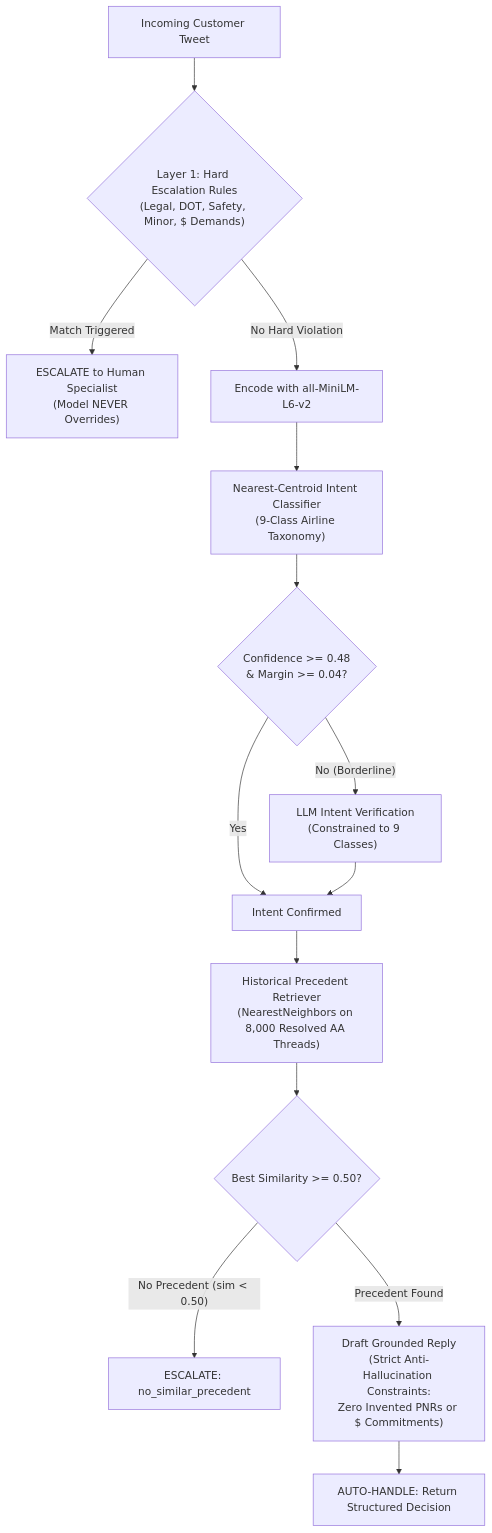
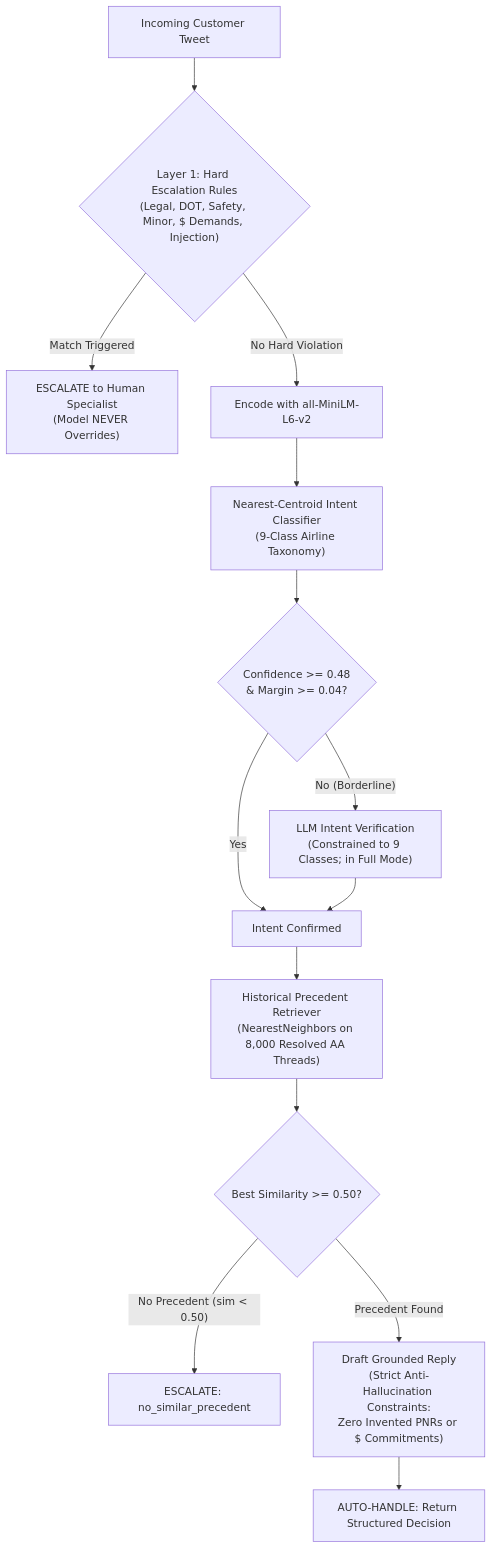
One commit to Aditya-269/American-Air changed the diagram in README.md. Above: the diagram before and after it, drawn with Mermaid. The commit also changed other lines of this file and 12 other files, not shown here.

````diff
--- a/README.md
+++ b/README.md
@@ -53,22 +56,30 @@
 ```mermaid
 flowchart TD
-    CustomerMsg["Incoming Customer Tweet"] --> HardRules{"Layer 1: Hard Escalation Rules\n(Legal, DOT, Safety, Minor, $ Demands)"}
+    CustomerMsg["Incoming Customer Tweet"] --> HardRules{"Layer 1: Hard Escalation Rules
+(Legal, DOT, Safety, Minor, $ Demands, Injection)"}
     
-    HardRules -- "Match Triggered" --> EscalateImmediate["ESCALATE to Human Specialist\n(Model NEVER Overrides)"]
+    HardRules -- "Match Triggered" --> EscalateImmediate["ESCALATE to Human Specialist
+(Model NEVER Overrides)"]
     
     HardRules -- "No Hard Violation" --> IntentEmbed["Encode with all-MiniLM-L6-v2"]
-    IntentEmbed --> CentroidSim["Nearest-Centroid Intent Classifier\n(9-Class Airline Taxonomy)"]
+    IntentEmbed --> CentroidSim["Nearest-Centroid Intent Classifier
+(9-Class Airline Taxonomy)"]
     
-    CentroidSim --> ConfidenceCheck{"Confidence >= 0.48\n& Margin >= 0.04?"}
-    ConfidenceCheck -- "No (Borderline)" --> LLMFallback["LLM Intent Verification\n(Constrained to 9 Classes)"]
+    CentroidSim --> ConfidenceCheck{"Confidence >= 0.48
+& Margin >= 0.04?"}
+    ConfidenceCheck -- "No (Borderline)" --> LLMFallback["LLM Intent Verification
+(Constrained to 9 Classes; in Full Mode)"]
     ConfidenceCheck -- "Yes" --> IntentResolved["Intent Confirmed"]
     LLMFallback --> IntentResolved
     
-    IntentResolved --> Retriever["Historical Precedent Retriever\n(NearestNeighbors on 8,000 Resolved AA Threads)"]
+    IntentResolved --> Retriever["Historical Precedent Retriever
+(NearestNeighbors on 8,000 Resolved AA Threads)"]
     Retriever --> GroundingCheck{"Best Similarity >= 0.50?"}
     
     GroundingCheck -- "No Precedent (sim < 0.50)" --> EscalateHeuristic["ESCALATE: no_similar_precedent"]
-    GroundingCheck -- "Precedent Found" --> DraftGen["Draft Grounded Reply\n(Strict Anti-Hallucination Constraints:\nZero Invented PNRs or $ Commitments)"]
+    GroundingCheck -- "Precedent Found" --> DraftGen["Draft Grounded Reply
+(Strict Anti-Hallucination Constraints:
+Zero Invented PNRs or $ Commitments)"]
     
     DraftGen --> AutoHandle["AUTO-HANDLE: Return Structured Decision"]
 ```
````
